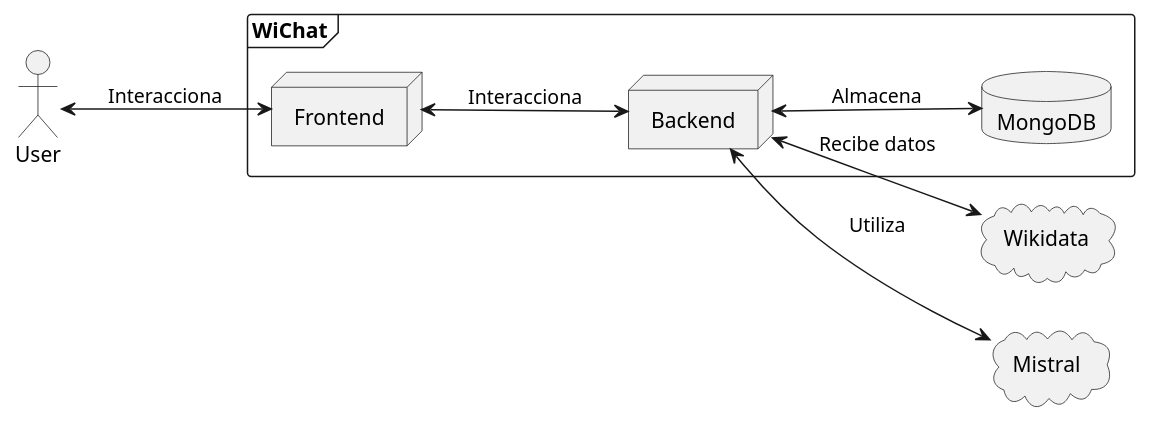
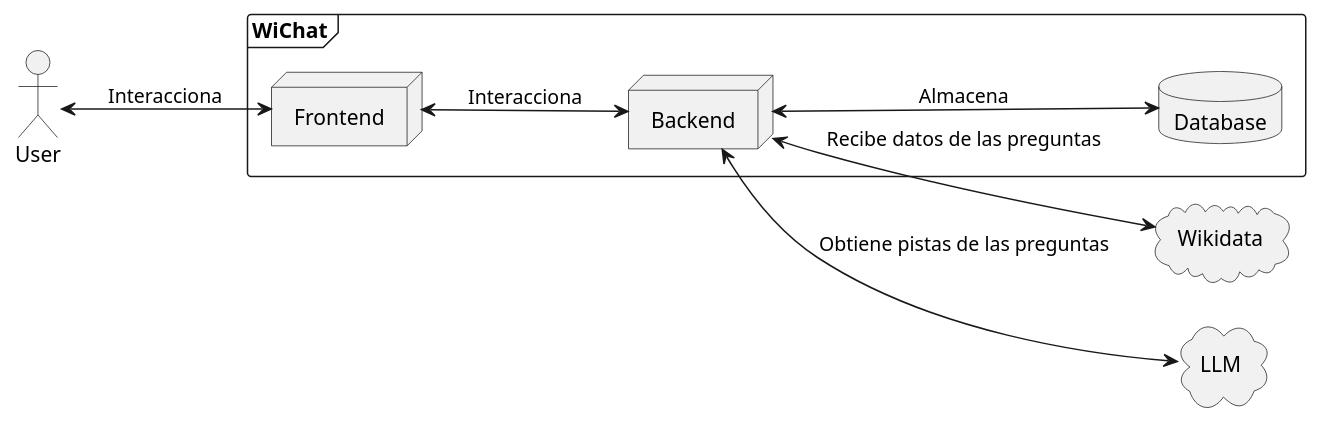
The second of 3 diagrams in docs/src/05_building_block_view.adoc (Arquisoft/wichat_es5b), drawn with PlantUML before and after one commit. The commit also changed other lines of this file and 5 other files, not shown here.

```diff
--- a/docs/src/05_building_block_view.adoc
+++ b/docs/src/05_building_block_view.adoc
@@ -117,33 +117,33 @@
 [plantuml,"Nivel 2",png]
 ----
 @startuml
 skinparam monochrome true
 left to right direction
 
 actor "User"
 
 frame "WiChat" {
     node "Frontend" {
     }
 
     node "Backend" {
     }
 
-    database "MongoDB" {
+    database "Database" {
     }
 }
 
 cloud "Wikidata" {
 }
 
-cloud "Mistral" {
+cloud "LLM" {
 }
 
 "User" <--> "Frontend" : Interacciona
 "Frontend"<--> "Backend" : Interacciona
-"Backend" <--> "MongoDB" : Almacena
-"Backend" <-down-> "Wikidata" : Recibe datos
-"Backend" <-down-> "Mistral" : Utiliza
+"Backend" <--> "Database" : Almacena
+"Backend" <-down-> "Wikidata" : Recibe datos de las preguntas
+"Backend" <-down-> "LLM" : Obtiene pistas de las preguntas
 
 @enduml
 ----
```
